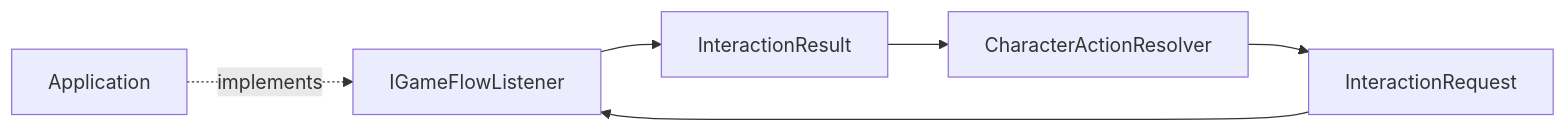
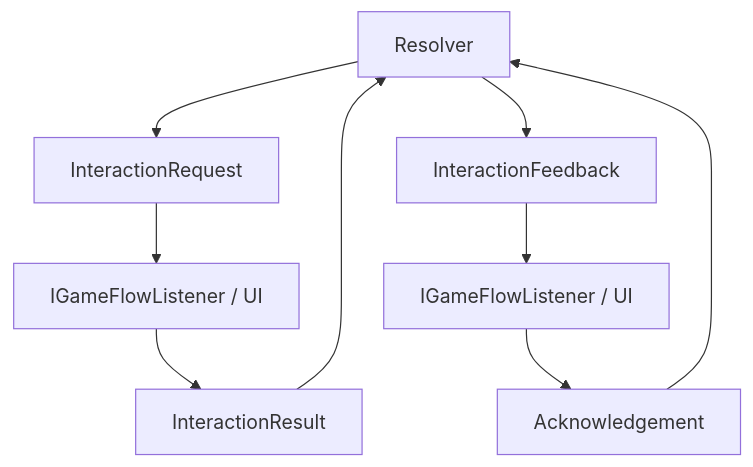
Before and after one commit to PaulRosselle/leaders_android_app: the diagram in docs/gamelogic/interaction.mmd, drawn with Mermaid. The commit also changed 3 other files, not shown here.

```diff
--- a/docs/gamelogic/interaction.mmd
+++ b/docs/gamelogic/interaction.mmd
@@ -1,21 +1,17 @@
-flowchart LR
-
-    UI["Application"]
-
+flowchart TD
+    Resolver["Resolver"]
     Request["InteractionRequest"]
-
-    Listener["IGameFlowListener"]
-
+    Listener1["IGameFlowListener / UI"]
     Result["InteractionResult"]
-
-    Resolver["CharacterActionResolver"]
+    Feedback["InteractionFeedback"]
+    Listener2["IGameFlowListener / UI"]
+    Ack["Acknowledgement"]
 
     Resolver --> Request
-
-    Request --> Listener
-
-    Listener --> Result
-
+    Request --> Listener1
+    Listener1 --> Result
     Result --> Resolver
-
-    UI -.implements.-> Listener
+    Resolver --> Feedback
+    Feedback --> Listener2
+    Listener2 --> Ack
+    Ack --> Resolver
```
